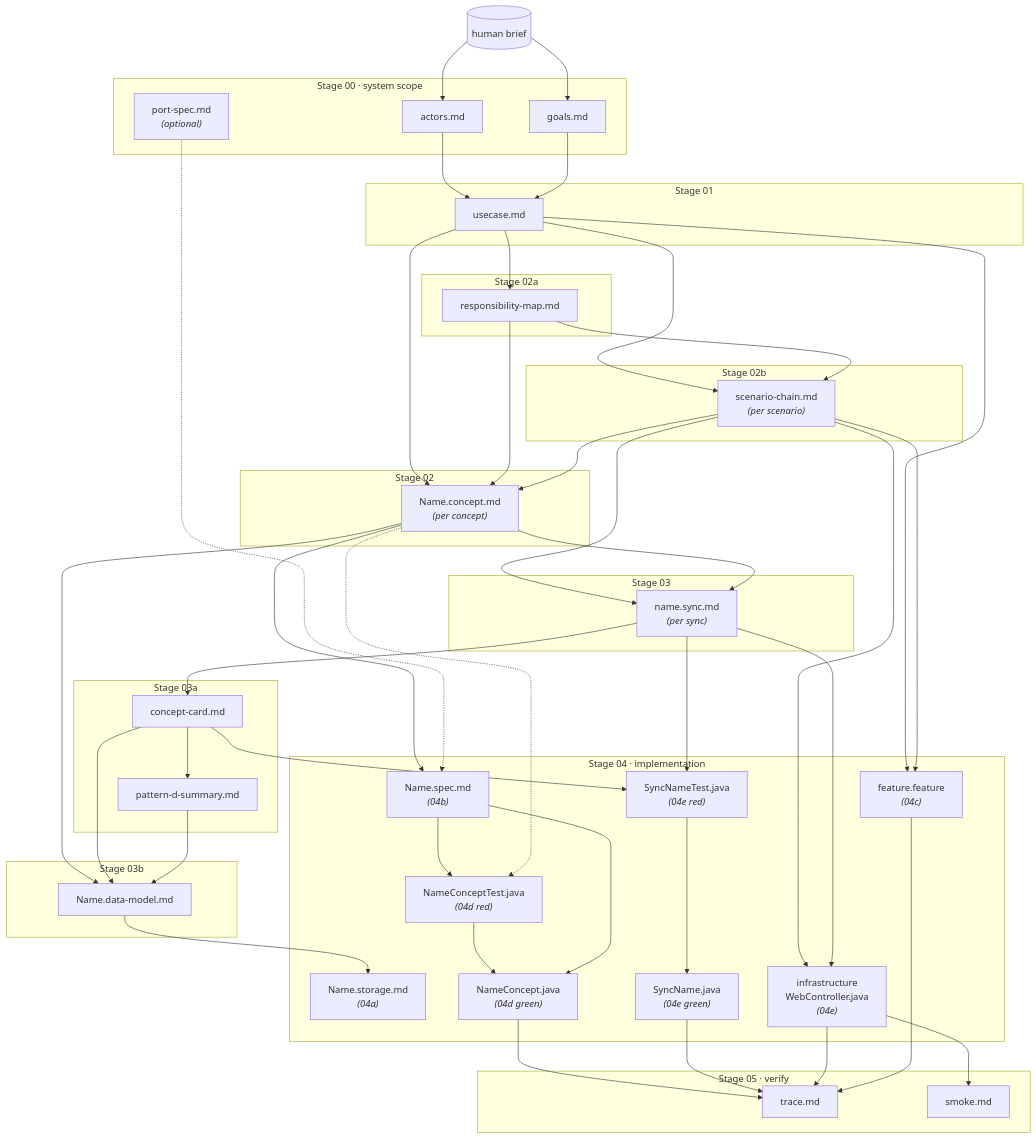
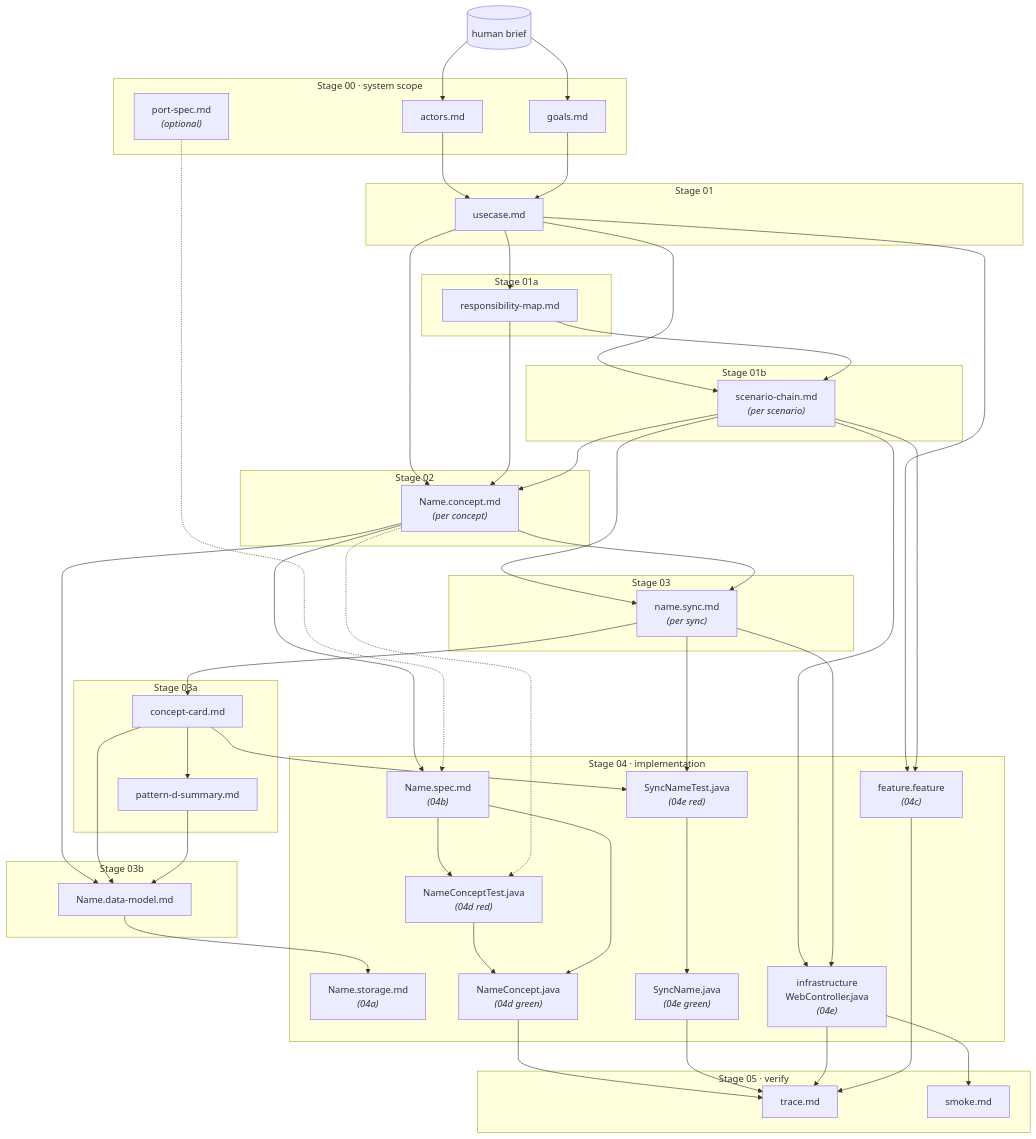
One commit to abratto/clad changed the diagram in methodology/architecture/TRACEABILITY.md. Above: the diagram before and after it, drawn with Mermaid. The commit also changed other lines of this file and 65 other files, not shown here.

```diff
--- a/methodology/architecture/TRACEABILITY.md
+++ b/methodology/architecture/TRACEABILITY.md
@@ -68,11 +68,11 @@
         USECASE["usecase.md"]
     end
 
-    subgraph S02A["Stage 02a"]
+    subgraph S02A["Stage 01a"]
         RMAP["responsibility-map.md"]
     end
 
-    subgraph S02B["Stage 02b"]
+    subgraph S02B["Stage 01b"]
         CHAIN["scenario-chain.md<br/><i>(per scenario)</i>"]
     end
 
```
